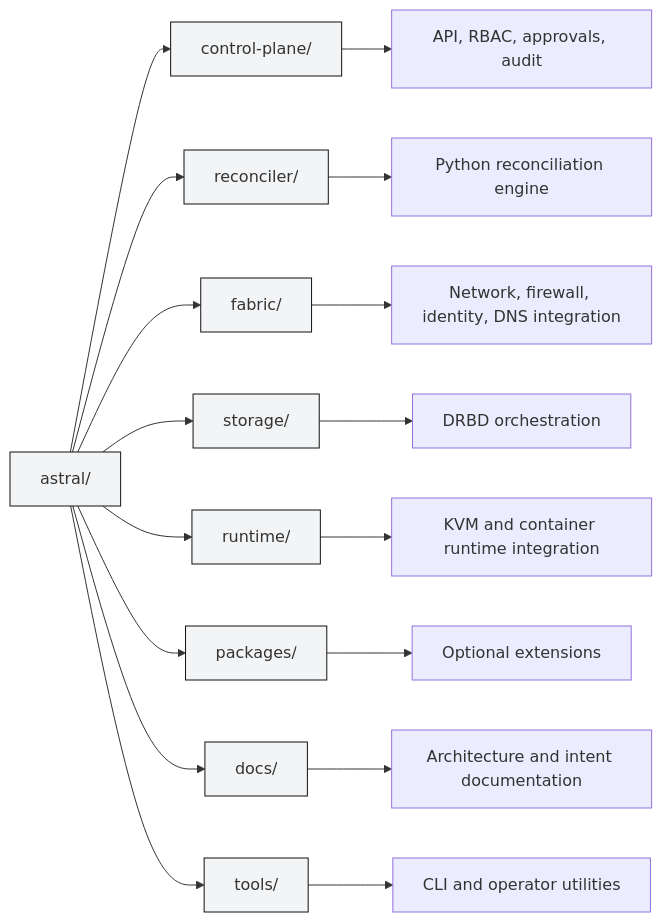
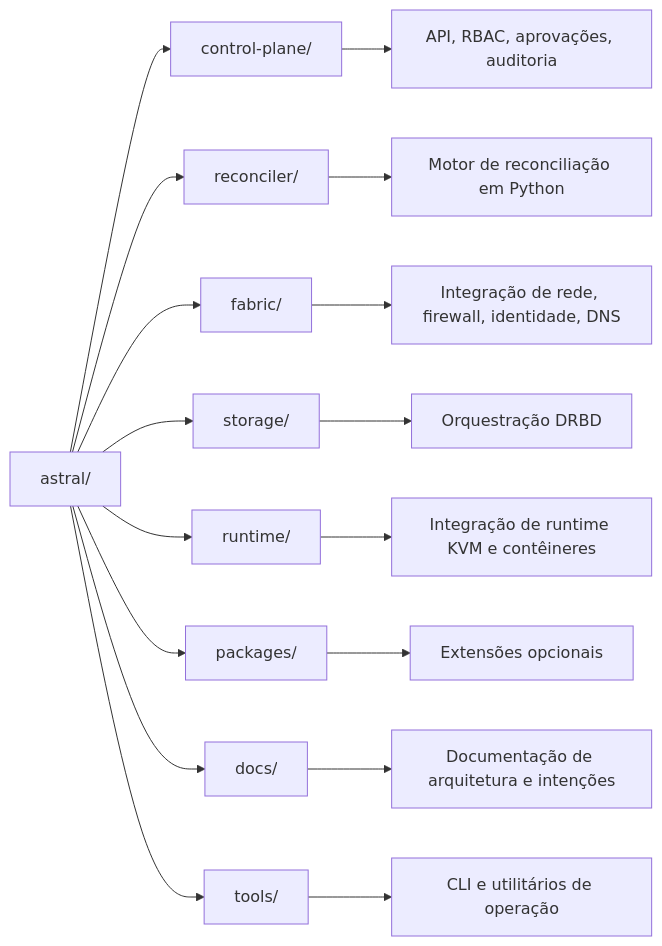
Before and after one commit to euripedesdark/astral-plataform-hci: the second of 2 diagrams in README.md, drawn with Mermaid. The commit also changed other lines of this file, not shown here.

````diff
--- a/README.md
+++ b/README.md
@@ -412,24 +221,21 @@
 ```mermaid
+
 graph LR
   A[astral/] --> B[control-plane/]
   A --> C[reconciler/]
   A --> D[fabric/]
   A --> E[storage/]
   A --> F[runtime/]
   A --> G[packages/]
   A --> H[docs/]
   A --> I[tools/]
 
-  B --> B1["API, RBAC, approvals, audit"]
-  C --> C1["Python reconciliation engine"]
-  D --> D1["Network, firewall, identity, DNS integration"]
-  E --> E1["DRBD orchestration"]
-  F --> F1["KVM and container runtime integration"]
-  G --> G1["Optional extensions"]
-  H --> H1["Architecture and intent documentation"]
-  I --> I1["CLI and operator utilities"]
-
-  classDef folder fill:#f3f4f6,stroke:#111,stroke-width:1px;
-  class A,B,C,D,E,F,G,H,I folder;
-
+  B --> B1["API, RBAC, aprovações, auditoria"]
+  C --> C1["Motor de reconciliação em Python"]
+  D --> D1["Integração de rede, firewall, identidade, DNS"]
+  E --> E1["Orquestração DRBD"]
+  F --> F1["Integração de runtime KVM e contêineres"]
+  G --> G1["Extensões opcionais"]
+  H --> H1["Documentação de arquitetura e intenções"]
+  I --> I1["CLI e utilitários de operação"]
 ```
````
